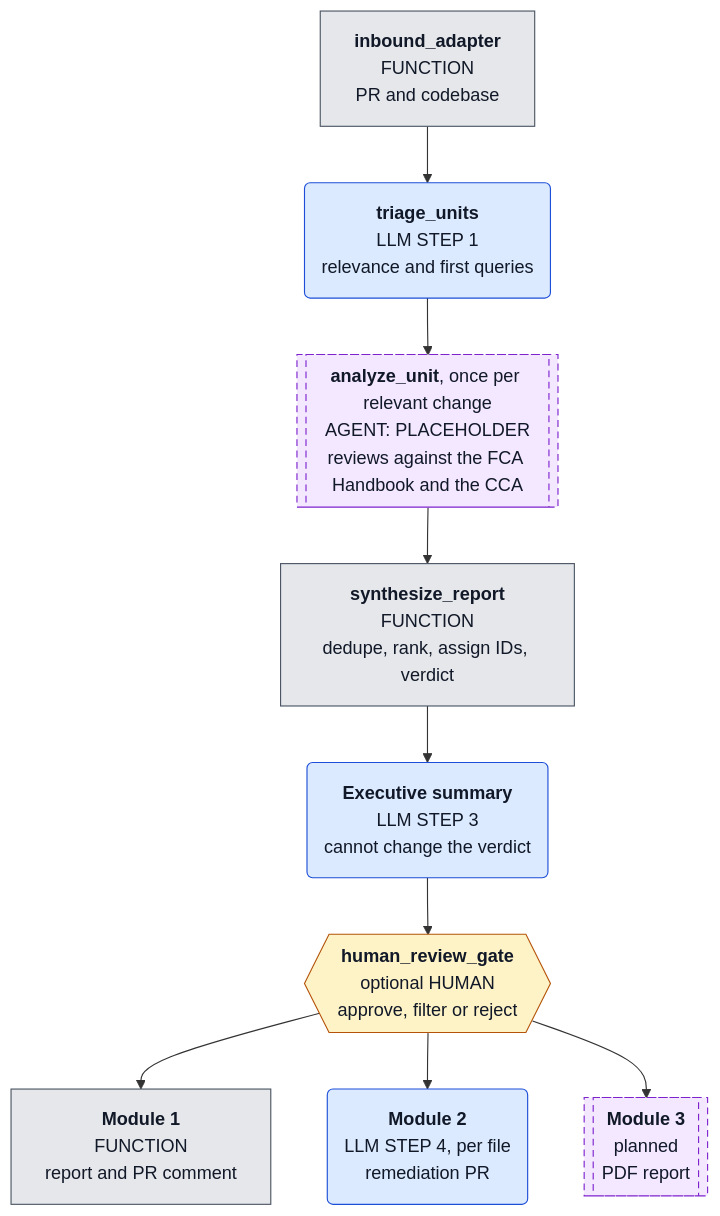
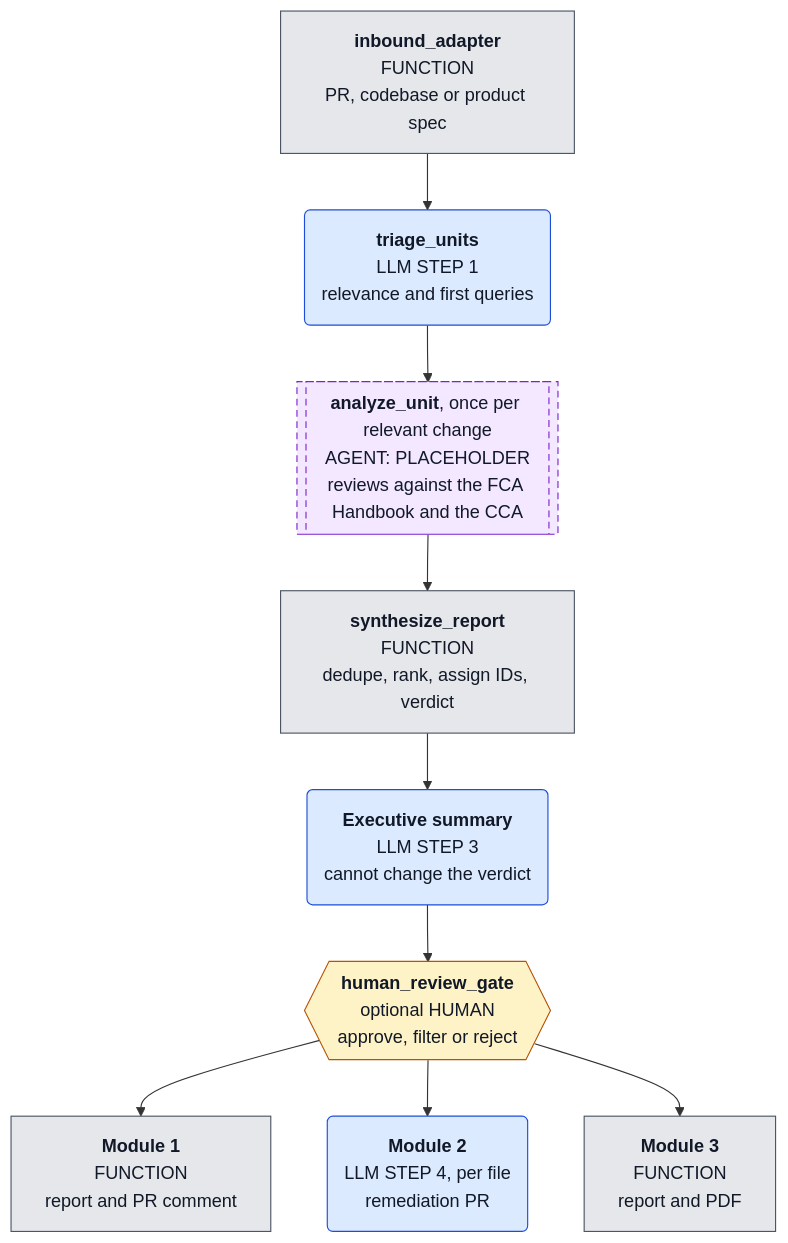
One commit to langchain-samples/fsi-hackathon-london-2026 changed the third of 5 diagrams in 04_fca_compliance_agent/ARCHITECTURE.md. Above: the diagram before and after it, drawn with Mermaid. The commit also changed other lines of this file, not shown here.

Commit message:
docs(04): show the product spec module as built in the architecture diagrams

````diff
--- a/04_fca_compliance_agent/ARCHITECTURE.md
+++ b/04_fca_compliance_agent/ARCHITECTURE.md
@@ -119,27 +119,27 @@
 ```mermaid
 flowchart TB
-    IN["<b>inbound_adapter</b><br/>FUNCTION<br/>PR and codebase"]
+    IN["<b>inbound_adapter</b><br/>FUNCTION<br/>PR, codebase or product spec"]
     TRI("<b>triage_units</b><br/>LLM STEP 1<br/>relevance and first queries")
     AGENT[["<b>analyze_unit</b>, once per relevant change<br/>AGENT: PLACEHOLDER<br/>reviews against the FCA Handbook and the CCA"]]
     RANK["<b>synthesize_report</b><br/>FUNCTION<br/>dedupe, rank, assign IDs, verdict"]
     SUM("<b>Executive summary</b><br/>LLM STEP 3<br/>cannot change the verdict")
     GATE{{"<b>human_review_gate</b><br/>optional HUMAN<br/>approve, filter or reject"}}
     M1["<b>Module 1</b><br/>FUNCTION<br/>report and PR comment"]
     M2("<b>Module 2</b><br/>LLM STEP 4, per file<br/>remediation PR")
-    M3[["<b>Module 3</b><br/>planned<br/>PDF report"]]
+    M3["<b>Module 3</b><br/>FUNCTION<br/>report and PDF"]
 
     IN --> TRI --> AGENT --> RANK --> SUM --> GATE
     GATE --> M1
     GATE --> M2
     GATE --> M3
 
     classDef fn fill:#e5e7eb,stroke:#4b5563,color:#111827
     classDef llm fill:#dbeafe,stroke:#1d4ed8,color:#111827
     classDef tool fill:#dcfce7,stroke:#15803d,color:#111827
     classDef human fill:#fef3c7,stroke:#b45309,color:#111827
     classDef agent fill:#f3e8ff,stroke:#7e22ce,color:#111827,stroke-dasharray:6 4
-    class IN,RANK,M1 fn
+    class IN,RANK,M1,M3 fn
     class TRI,SUM,M2 llm
     class GATE human
-    class AGENT,M3 agent
+    class AGENT agent
 ```
````
